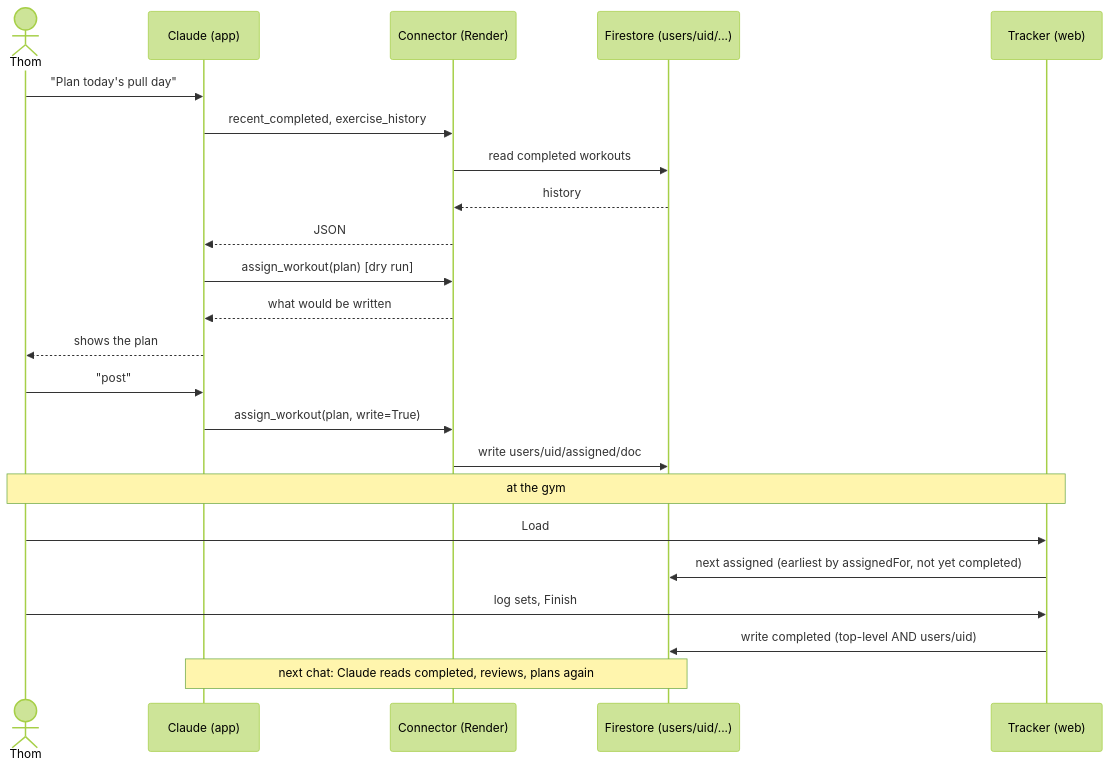
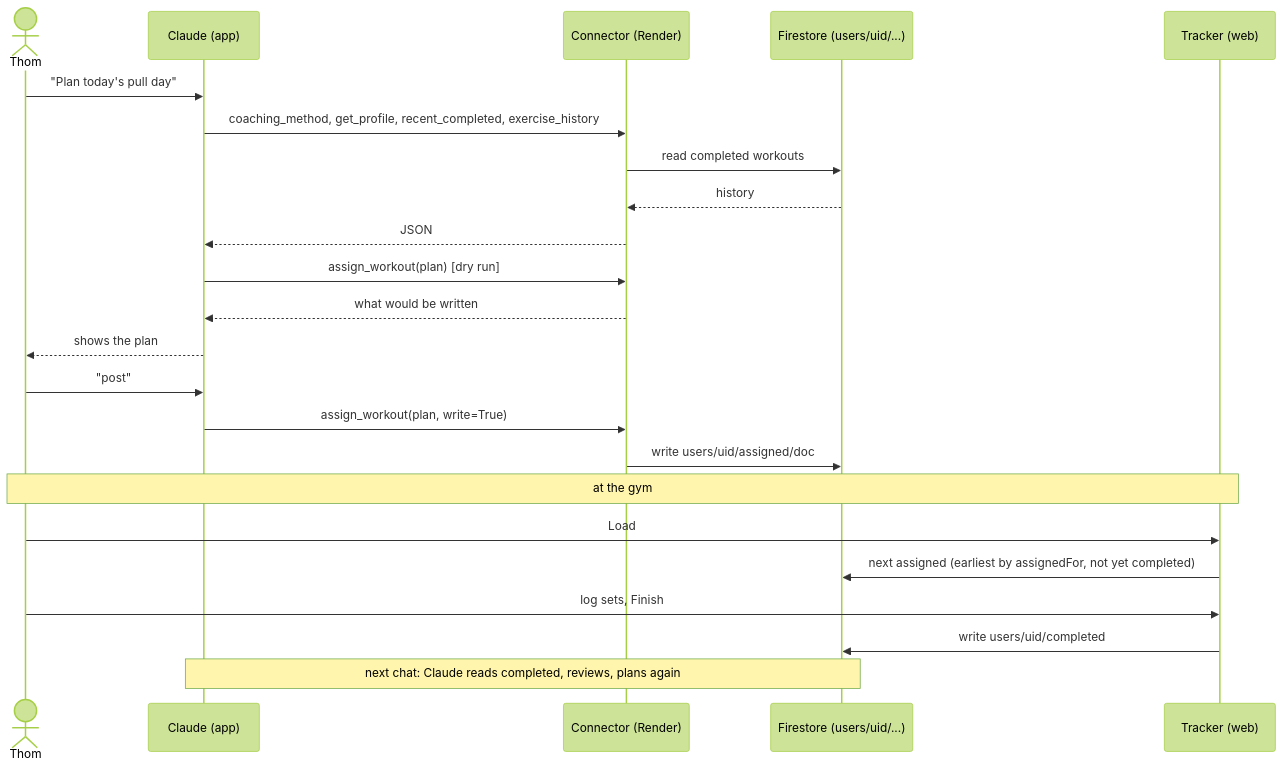
The second of 3 diagrams in docs/infrastructure-and-rebuild.md (CoachThomLamb/wilo_ai), drawn with Mermaid (forest theme) before and after one commit. The commit also changed other lines of this file and 2 other files, not shown here.

````diff
--- a/docs/infrastructure-and-rebuild.md
+++ b/docs/infrastructure-and-rebuild.md
@@ -75,26 +75,26 @@
 ```mermaid
 sequenceDiagram
     actor T as Thom
     participant C as Claude (app)
     participant S as Connector (Render)
     participant F as Firestore (users/uid/...)
     participant W as Tracker (web)
 
     T->>C: "Plan today's pull day"
-    C->>S: recent_completed, exercise_history
+    C->>S: coaching_method, get_profile, recent_completed, exercise_history
     S->>F: read completed workouts
     F-->>S: history
     S-->>C: JSON
     C->>S: assign_workout(plan)  [dry run]
     S-->>C: what would be written
     C-->>T: shows the plan
     T->>C: "post"
     C->>S: assign_workout(plan, write=True)
     S->>F: write users/uid/assigned/doc
     Note over T,W: at the gym
     T->>W: Load
     W->>F: next assigned (earliest by assignedFor, not yet completed)
     T->>W: log sets, Finish
-    W->>F: write completed (top-level AND users/uid)
+    W->>F: write users/uid/completed
     Note over C,F: next chat: Claude reads completed, reviews, plans again
 ```
````
